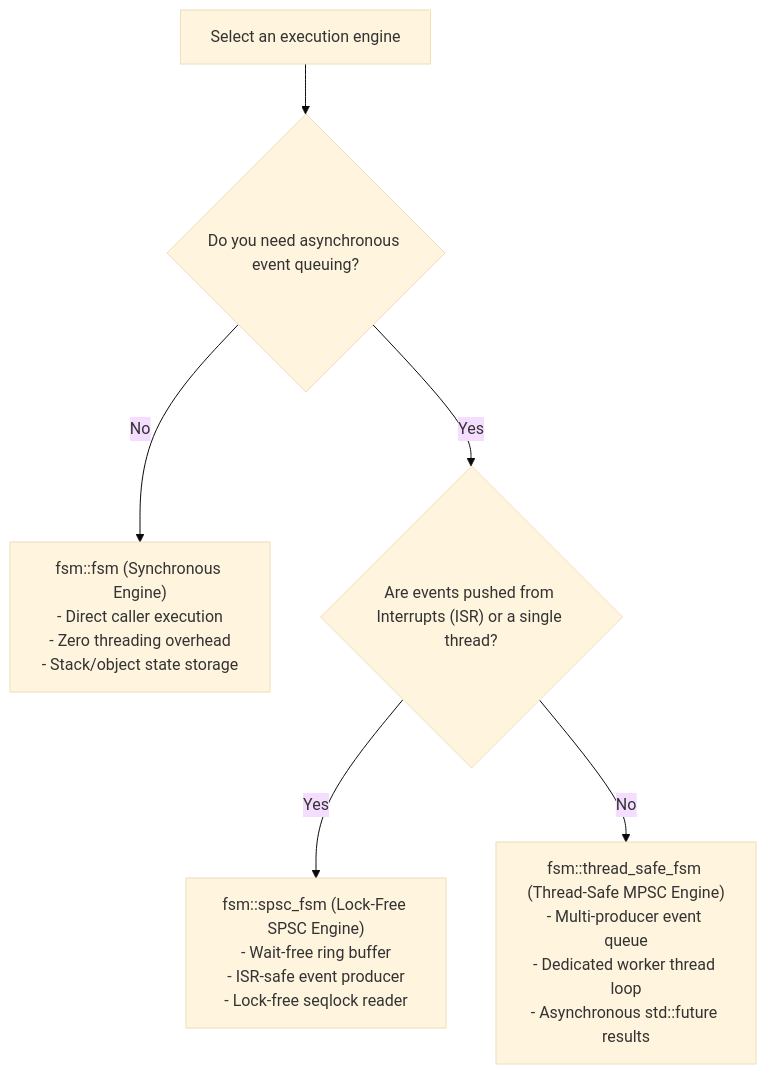
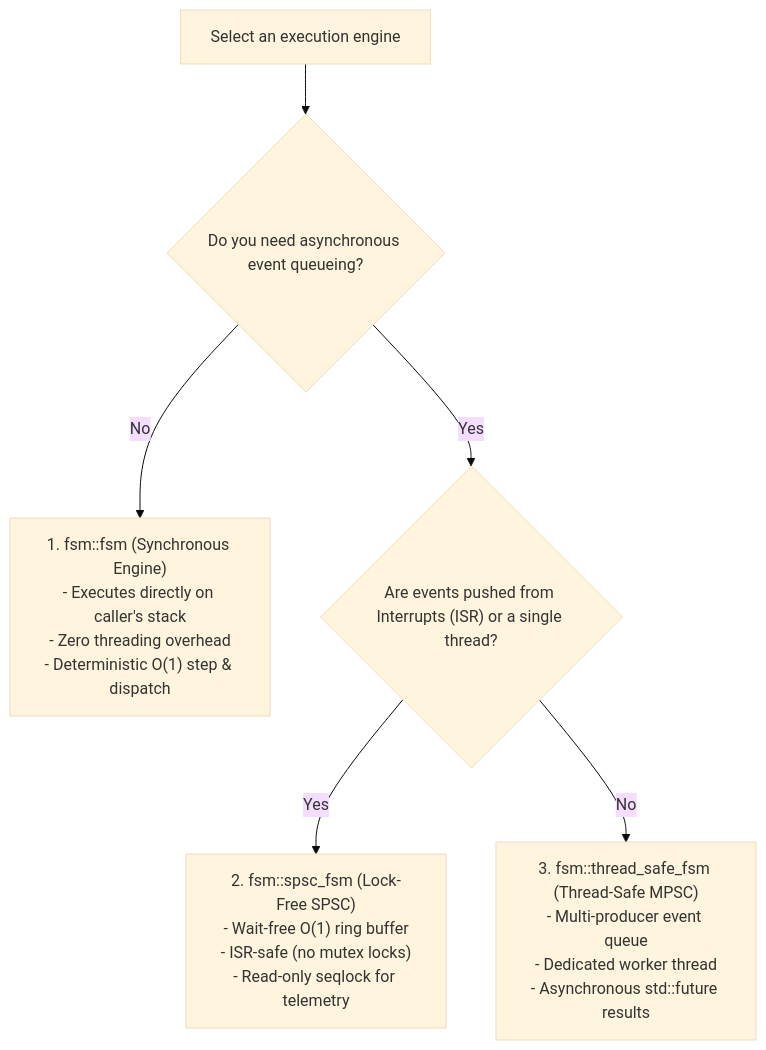
Before and after one commit to simoneCavalleri/fsmc: the first of 2 diagrams in docs/runtime_api/index.md, drawn with Mermaid (base theme). The commit also changed other lines of this file and 39 other files, not shown here.

````diff
--- a/docs/runtime_api/index.md
+++ b/docs/runtime_api/index.md
@@ -21,12 +56,12 @@
 ```mermaid
 flowchart TD
-    Start["Select an execution engine"] --> Q1{"Do you need asynchronous event queuing?"}
+    Start["Select an execution engine"] --> Q1{"Do you need asynchronous event queueing?"}
     
-    Q1 -- No --> Sync["fsm::fsm (Synchronous Engine)<br/>- Direct caller execution<br/>- Zero threading overhead<br/>- Stack/object state storage"]
+    Q1 -- No --> Sync["1. fsm::fsm (Synchronous Engine)<br/>- Executes directly on caller's stack<br/>- Zero threading overhead<br/>- Deterministic O(1) step & dispatch"]
     
     Q1 -- Yes --> Q2{"Are events pushed from Interrupts (ISR) or a single thread?"}
     
-    Q2 -- Yes --> SPSC["fsm::spsc_fsm (Lock-Free SPSC Engine)<br/>- Wait-free ring buffer<br/>- ISR-safe event producer<br/>- Lock-free seqlock reader"]
+    Q2 -- Yes --> SPSC["2. fsm::spsc_fsm (Lock-Free SPSC)<br/>- Wait-free O(1) ring buffer<br/>- ISR-safe (no mutex locks)<br/>- Read-only seqlock for telemetry"]
     
-    Q2 -- No --> MPSC["fsm::thread_safe_fsm (Thread-Safe MPSC Engine)<br/>- Multi-producer event queue<br/>- Dedicated worker thread loop<br/>- Asynchronous std::future results"]
+    Q2 -- No --> MPSC["3. fsm::thread_safe_fsm (Thread-Safe MPSC)<br/>- Multi-producer event queue<br/>- Dedicated worker thread<br/>- Asynchronous std::future results"]
 ```
````
